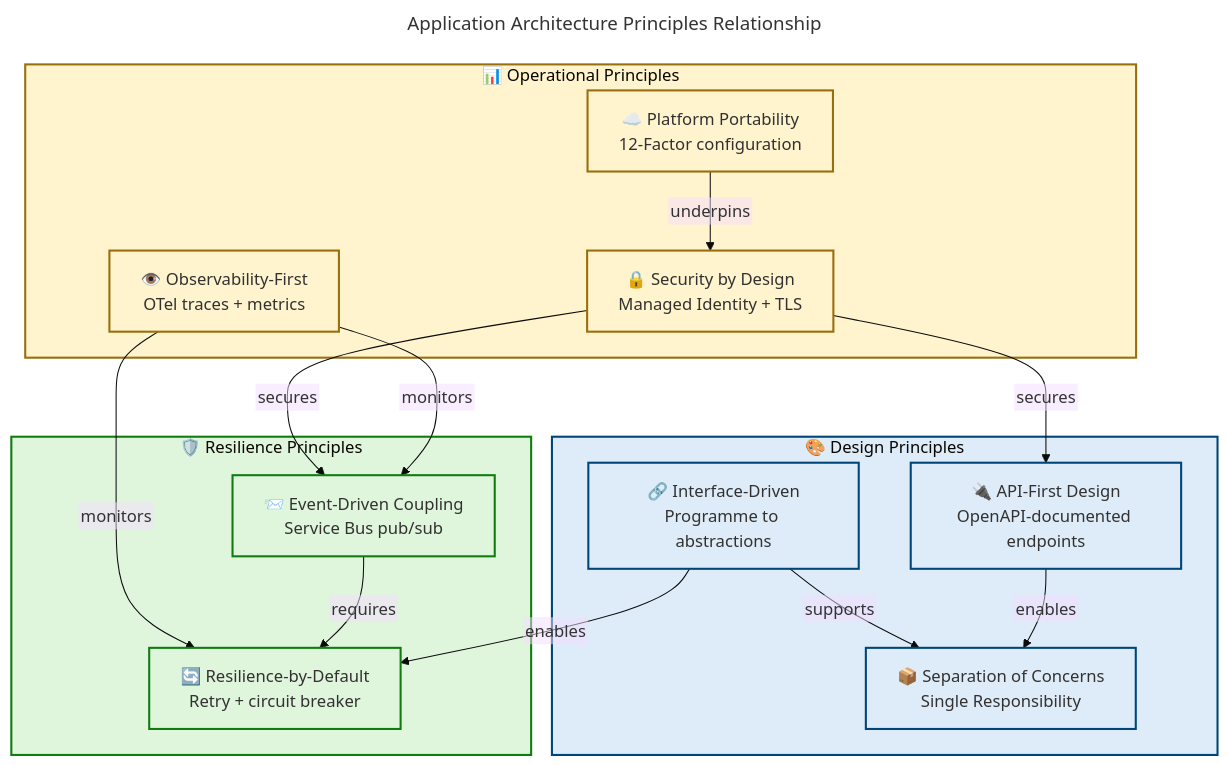
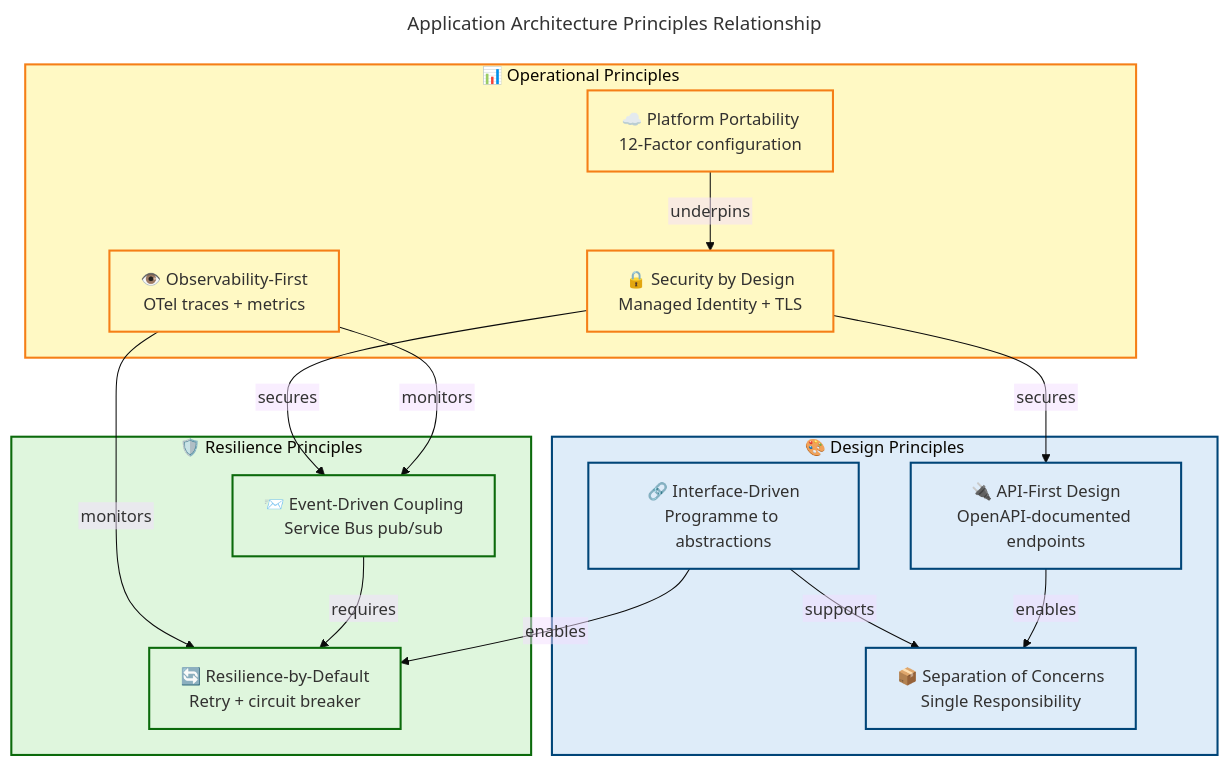
One commit to Evilazaro/Azure-LogicApps-Monitoring changed the second of 9 diagrams in docs/architecture/Application-Layer-Architecture.md. Above: the diagram before and after it, drawn with Mermaid. The commit also changed other lines of this file and 3 other files, not shown here.

Commit message:
docs: update color definitions in architecture diagrams for improved clarity and consistency

````diff
--- a/docs/architecture/Application-Layer-Architecture.md
+++ b/docs/architecture/Application-Layer-Architecture.md
@@ -366,58 +366,58 @@
 ```mermaid
 ---
 title: "Application Architecture Principles Relationship"
 config:
   theme: base
   themeVariables:
     fontSize: '16px'
   flowchart:
     htmlLabels: false
 ---
 flowchart TD
     accTitle: Application Architecture Principles Relationship Diagram
     accDescr: Shows the eight architecture principles and their relationships grouped by pillar
 
     %% ═══════════════════════════════════════════════════════════════════════════
     %% AZURE / FLUENT ARCHITECTURE PATTERN v1.1
     %% (Semantic + Structural + Font + Accessibility Governance)
     %% ═══════════════════════════════════════════════════════════════════════════
 
     subgraph design["🎨 Design Principles"]
         p1["🔌 API-First Design\nOpenAPI-documented endpoints"]
         p2["🔗 Interface-Driven\nProgramme to abstractions"]
         p8["📦 Separation of Concerns\nSingle Responsibility"]
     end
 
     subgraph resilience["🛡️ Resilience Principles"]
         p3["🔄 Resilience-by-Default\nRetry + circuit breaker"]
         p5["📨 Event-Driven Coupling\nService Bus pub/sub"]
     end
 
     subgraph ops["📊 Operational Principles"]
         p4["👁️ Observability-First\nOTel traces + metrics"]
         p6["☁️ Platform Portability\n12-Factor configuration"]
         p7["🔒 Security by Design\nManaged Identity + TLS"]
     end
 
     p1 -->|enables| p8
     p2 -->|enables| p3
     p2 -->|supports| p8
     p5 -->|requires| p3
     p4 -->|monitors| p3
     p4 -->|monitors| p5
     p6 -->|underpins| p7
     p7 -->|secures| p1
     p7 -->|secures| p5
 
     classDef azureBlue fill:#DEECF9,stroke:#004578,stroke-width:2px,color:#323130
-    classDef successGreen fill:#DFF6DD,stroke:#107C10,stroke-width:2px,color:#323130
-    classDef warningYellow fill:#FFF4CE,stroke:#986F0B,stroke-width:2px,color:#323130
+    classDef successGreen fill:#DFF6DD,stroke:#0B6A0B,stroke-width:2px,color:#323130
+    classDef warningYellow fill:#FFF9C4,stroke:#F57F17,stroke-width:2px,color:#323130
 
     class p1,p2,p8 azureBlue
     class p3,p5 successGreen
     class p4,p6,p7 warningYellow
 
     style design fill:#DEECF9,stroke:#004578,stroke-width:2px,color:#323130
-    style resilience fill:#DFF6DD,stroke:#107C10,stroke-width:2px,color:#323130
-    style ops fill:#FFF4CE,stroke:#986F0B,stroke-width:2px,color:#323130
+    style resilience fill:#DFF6DD,stroke:#0B6A0B,stroke-width:2px,color:#323130
+    style ops fill:#FFF9C4,stroke:#F57F17,stroke-width:2px,color:#323130
 ```
````
